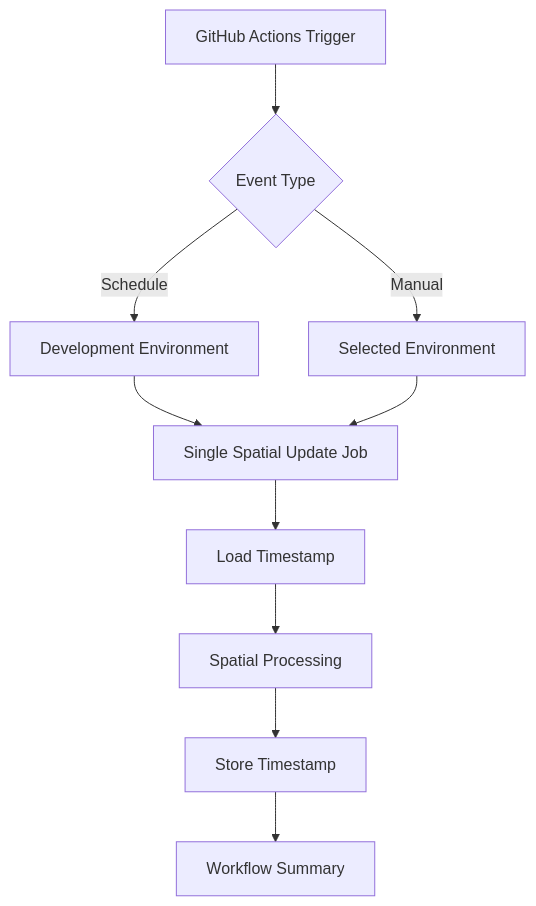
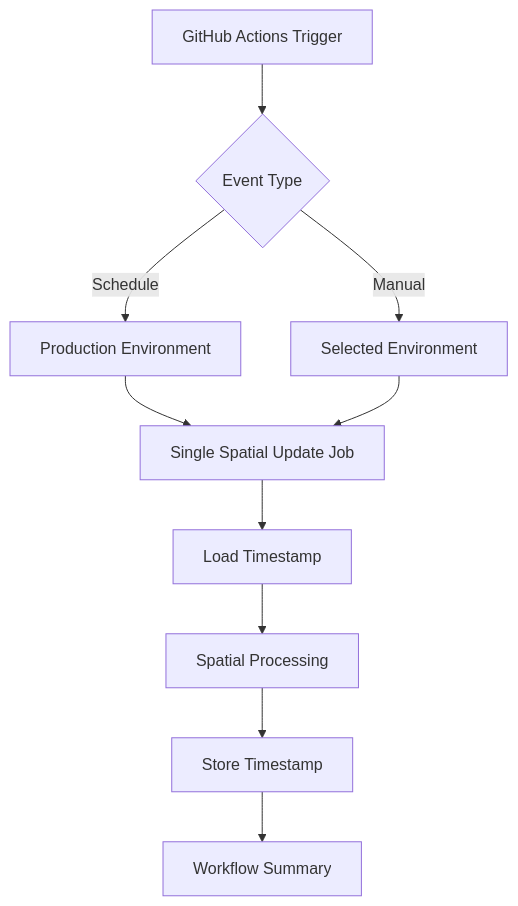
One commit to EcoNet-NZ/cams-weeds-utilities changed the diagram in .github/workflows/README.md. Above: the diagram before and after it, drawn with Mermaid. The commit also changed other lines of this file and 4 other files, not shown here.

````diff
--- a/.github/workflows/README.md
+++ b/.github/workflows/README.md
@@ -136,14 +136,14 @@
 ```mermaid
 graph TD
     A[GitHub Actions Trigger] --> B{Event Type}
-    B -->|Schedule| C[Development Environment]
+    B -->|Schedule| C[Production Environment]
     B -->|Manual| D[Selected Environment]
     
     C --> E[Single Spatial Update Job]
     D --> E
     
     E --> F[Load Timestamp]
     F --> G[Spatial Processing]
     G --> H[Store Timestamp]
     H --> I[Workflow Summary]
 ```
````
